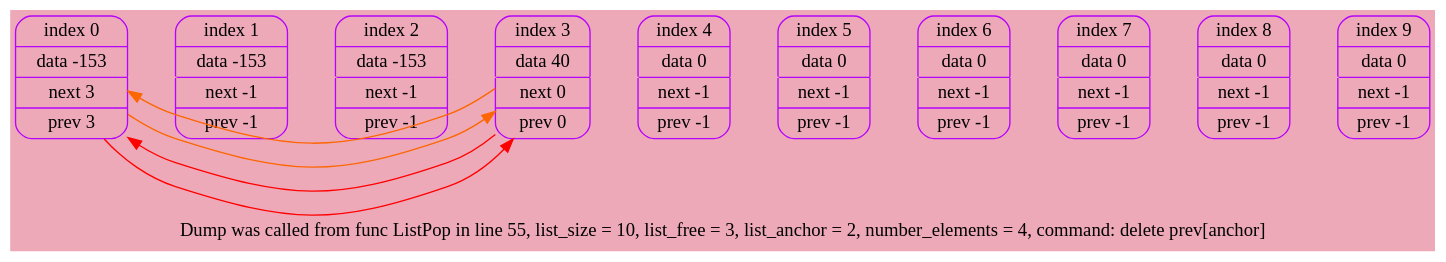
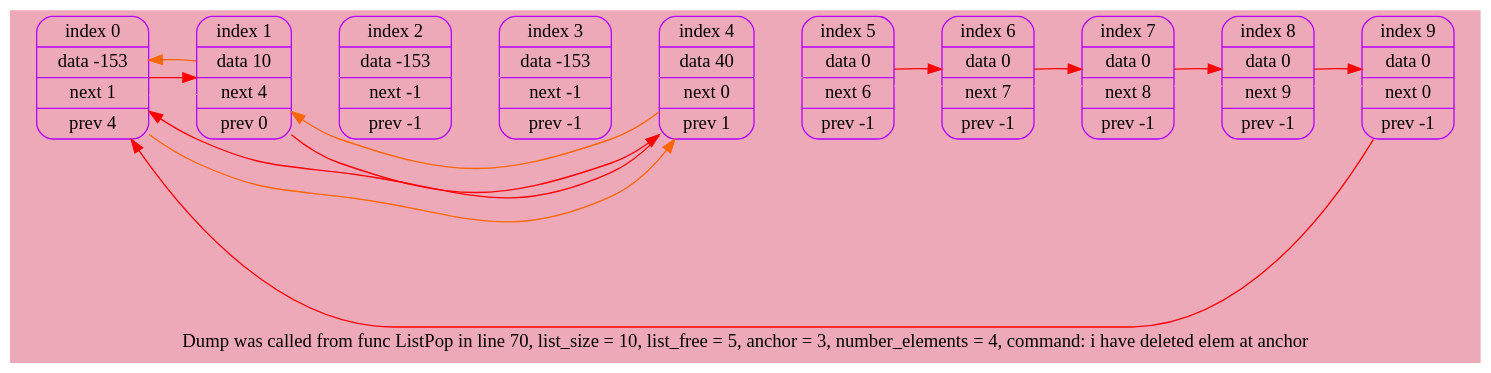
The diagram in GraphDumpExample/Dump.dot (h1gro/list), drawn with Graphviz before and after one commit. The commit also changed 2 other files, not shown here.

Commit message:
free elems

```diff
--- a/GraphDumpExample/Dump.dot
+++ b/GraphDumpExample/Dump.dot
@@ -1,30 +1,37 @@
 digraph G
 {
     rankdir = LR;
     bgcolor = "pink2"
     node[color = "#b503fc", fontsize = 14];
     edge[color = black, fontsize = 12];
 
-    0 [shape = Mrecord, label = "index    0 | data -153 | next    3 | prev    3"];
-    1 [shape = Mrecord, label = "index    1 | data -153 | next   -1 | prev   -1"];
+    0 [shape = Mrecord, label = "index    0 | data -153 | next    1 | prev    4"];
+    1 [shape = Mrecord, label = "index    1 | data   10 | next    4 | prev    0"];
     2 [shape = Mrecord, label = "index    2 | data -153 | next   -1 | prev   -1"];
-    3 [shape = Mrecord, label = "index    3 | data   40 | next    0 | prev    0"];
-    4 [shape = Mrecord, label = "index    4 | data    0 | next   -1 | prev   -1"];
-    5 [shape = Mrecord, label = "index    5 | data    0 | next   -1 | prev   -1"];
-    6 [shape = Mrecord, label = "index    6 | data    0 | next   -1 | prev   -1"];
-    7 [shape = Mrecord, label = "index    7 | data    0 | next   -1 | prev   -1"];
-    8 [shape = Mrecord, label = "index    8 | data    0 | next   -1 | prev   -1"];
-    9 [shape = Mrecord, label = "index    9 | data    0 | next   -1 | prev   -1"];
+    3 [shape = Mrecord, label = "index    3 | data -153 | next   -1 | prev   -1"];
+    4 [shape = Mrecord, label = "index    4 | data   40 | next    0 | prev    1"];
+    5 [shape = Mrecord, label = "index    5 | data    0 | next    6 | prev   -1"];
+    6 [shape = Mrecord, label = "index    6 | data    0 | next    7 | prev   -1"];
+    7 [shape = Mrecord, label = "index    7 | data    0 | next    8 | prev   -1"];
+    8 [shape = Mrecord, label = "index    8 | data    0 | next    9 | prev   -1"];
+    9 [shape = Mrecord, label = "index    9 | data    0 | next    0 | prev   -1"];
 
     0 -> 1 -> 2 -> 3 -> 4 -> 5 -> 6 -> 7 -> 8 -> 9 [weight = 100000, color = "pink2"];
 
-    label = "Dump was called from func ListPop in line 55, list_size = 10, list_free = 3, list_anchor = 2, number_elements = 4, command: delete prev[anchor]";
+    label = "Dump was called from func ListPop in line 70, list_size = 10, list_free = 5, anchor = 3, number_elements = 4, command: i have deleted elem at anchor";
 
     /*next nods:*/ 
-    0 -> 3 [weight = 20, color = "red1"];
-    3 -> 0 [weight = 20, color = "red1"];
+    0 -> 1 [weight = 20, color = "red1"];
+    1 -> 4 [weight = 20, color = "red1"];
+    4 -> 0 [weight = 20, color = "red1"];
+    5 -> 6 [weight = 20, color = "red1"];
+    6 -> 7 [weight = 20, color = "red1"];
+    7 -> 8 [weight = 20, color = "red1"];
+    8 -> 9 [weight = 20, color = "red1"];
+    9 -> 0 [weight = 20, color = "red1"];
 
     /*prev nods:*/ 
-    0 -> 3 [weight = 20, color = "#fc6603"];
-    3 -> 0 [weight = 20, color = "#fc6603"];
+    0 -> 4 [weight = 20, color = "#fc6603"];
+    1 -> 0 [weight = 20, color = "#fc6603"];
+    4 -> 1 [weight = 20, color = "#fc6603"];
 }
```
